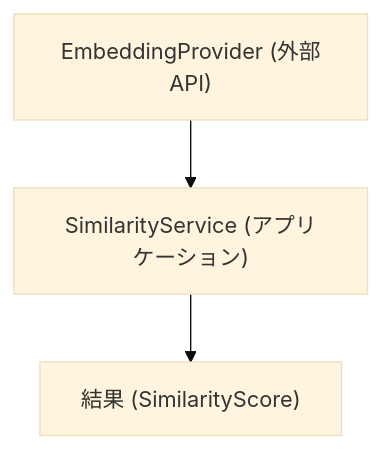
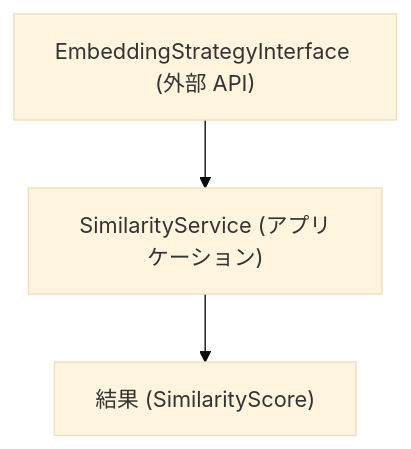
The first of 7 diagrams in docs/interfaces/usage_spec.md (stein2nd/s2j-similarity-service), drawn with Mermaid (base theme) before and after one commit. The commit also changed other lines of this file, not shown here.

````diff
--- a/docs/interfaces/usage_spec.md
+++ b/docs/interfaces/usage_spec.md
@@ -43,5 +43,5 @@
 ```mermaid id="usage_structure"
 flowchart TD
-  A["EmbeddingProvider (外部API)"] --> B["SimilarityService (アプリケーション)"]
+  A["EmbeddingStrategyInterface (外部 API)"] --> B["SimilarityService (アプリケーション)"]
   B --> C["結果 (SimilarityScore)"]
 ```
````
